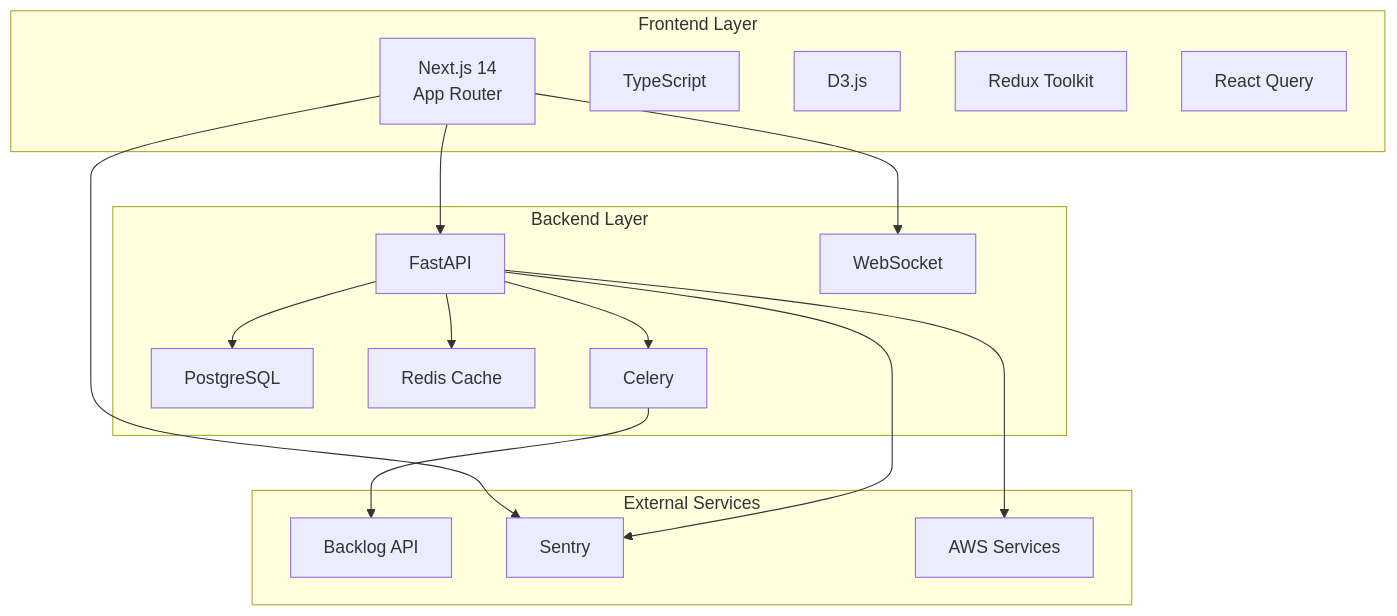
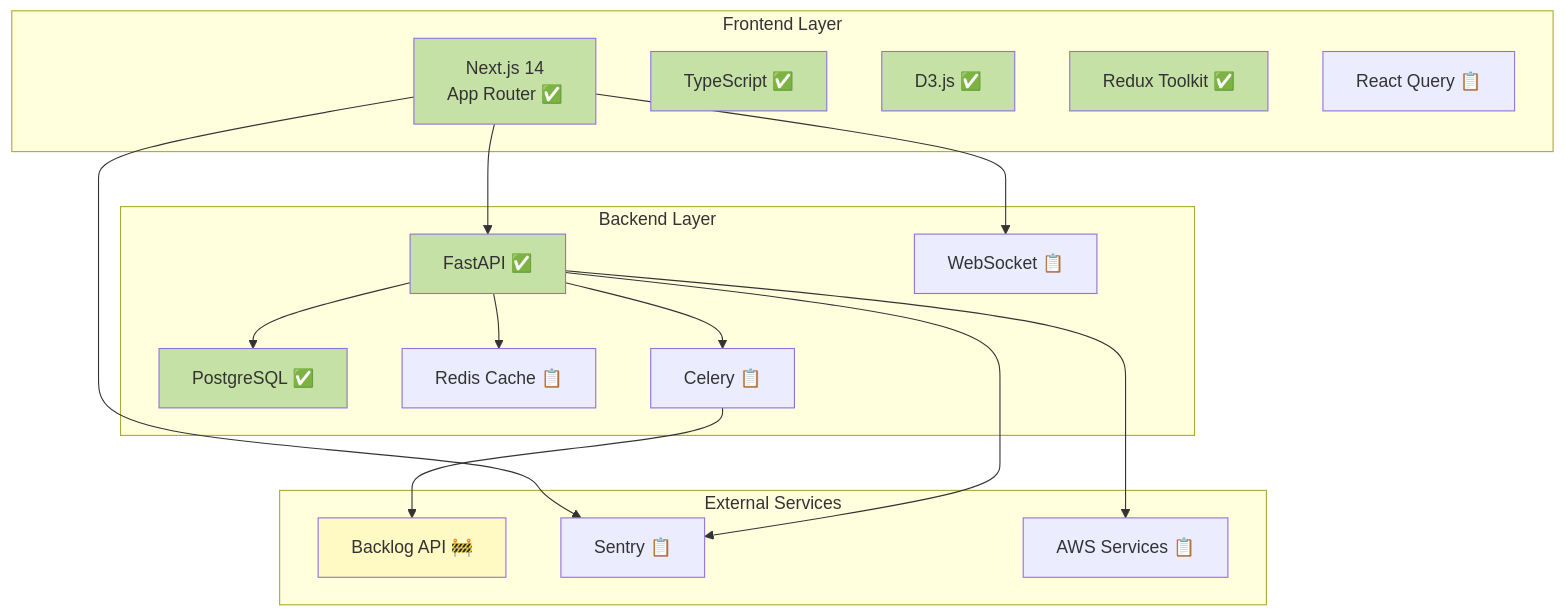
Before and after one commit to rasshii/team-insight: the tenth of 13 diagrams in Doc/mvp.md, drawn with Mermaid. The commit also changed other lines of this file and 14 other files, not shown here.

````diff
--- a/Doc/mvp.md
+++ b/Doc/mvp.md
@@ -395,34 +445,42 @@
 ```mermaid
 graph TB
     subgraph "Frontend Layer"
-        A[Next.js 14<br>App Router]
-        B[TypeScript]
-        C[D3.js]
-        D[Redux Toolkit]
-        E[React Query]
+        A[Next.js 14<br>App Router ✅]
+        B[TypeScript ✅]
+        C[D3.js ✅]
+        D[Redux Toolkit ✅]
+        E[React Query 📋]
     end
 
     subgraph "Backend Layer"
-        F[FastAPI]
-        G[PostgreSQL]
-        H[Redis Cache]
-        I[Celery]
-        J[WebSocket]
+        F[FastAPI ✅]
+        G[PostgreSQL ✅]
+        H[Redis Cache 📋]
+        I[Celery 📋]
+        J[WebSocket 📋]
     end
 
     subgraph "External Services"
-        K[Backlog API]
-        L[Sentry]
-        M[AWS Services]
+        K[Backlog API 🚧]
+        L[Sentry 📋]
+        M[AWS Services 📋]
     end
 
     A --> F
     F --> G
     F --> H
     F --> I
     A --> J
     I --> K
     A --> L
     F --> L
     F --> M
+
+    style A fill:#c5e1a5
+    style B fill:#c5e1a5
+    style C fill:#c5e1a5
+    style D fill:#c5e1a5
+    style F fill:#c5e1a5
+    style G fill:#c5e1a5
+    style K fill:#fff9c4
 ```
````
